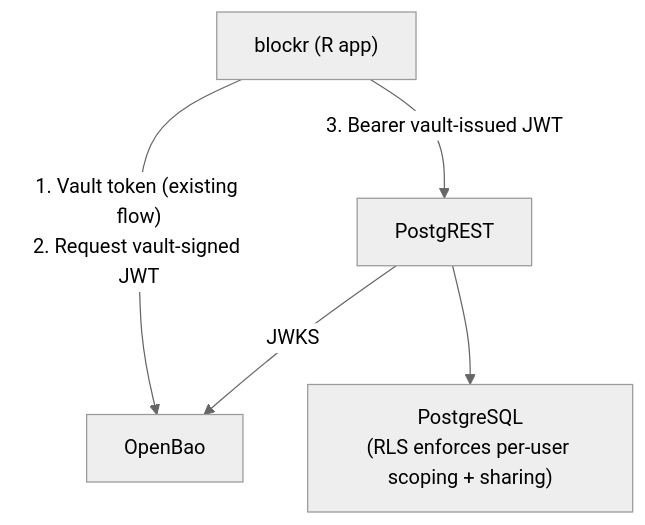
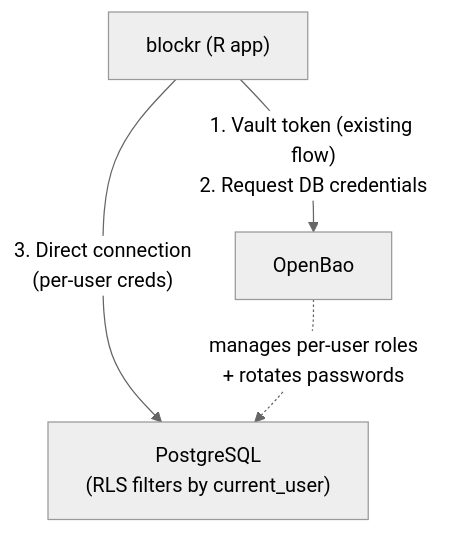
The first of 2 diagrams in docs/design/board-storage.md (cynkra/blockyard), drawn with Mermaid (neutral theme) before and after one commit. The commit also changed other lines of this file, not shown here.

First line of the commit message:
docs(misc): pivot board storage design to vault-issued PG creds

````diff
--- a/docs/design/board-storage.md
+++ b/docs/design/board-storage.md
@@ -64,7 +81,6 @@
 ```mermaid
 graph TD
-    blockr["blockr (R app)"] -->|"1. Vault token (existing flow)<br>2. Request vault-signed JWT"| vault["OpenBao"]
-    blockr -->|"3. Bearer vault-issued JWT"| pgrst["PostgREST"]
-    pgrst -->|"JWKS"| vault
-    pgrst --> pg["PostgreSQL<br>(RLS enforces per-user scoping + sharing)"]
+    blockr["blockr (R app)"] -->|"1. Vault token (existing flow)<br>2. Request DB credentials"| vault["OpenBao"]
+    blockr -->|"3. Direct connection<br>(per-user creds)"| pg["PostgreSQL<br>(RLS filters by current_user)"]
+    vault -.->|"manages per-user roles<br>+ rotates passwords"| pg
 ```
````
